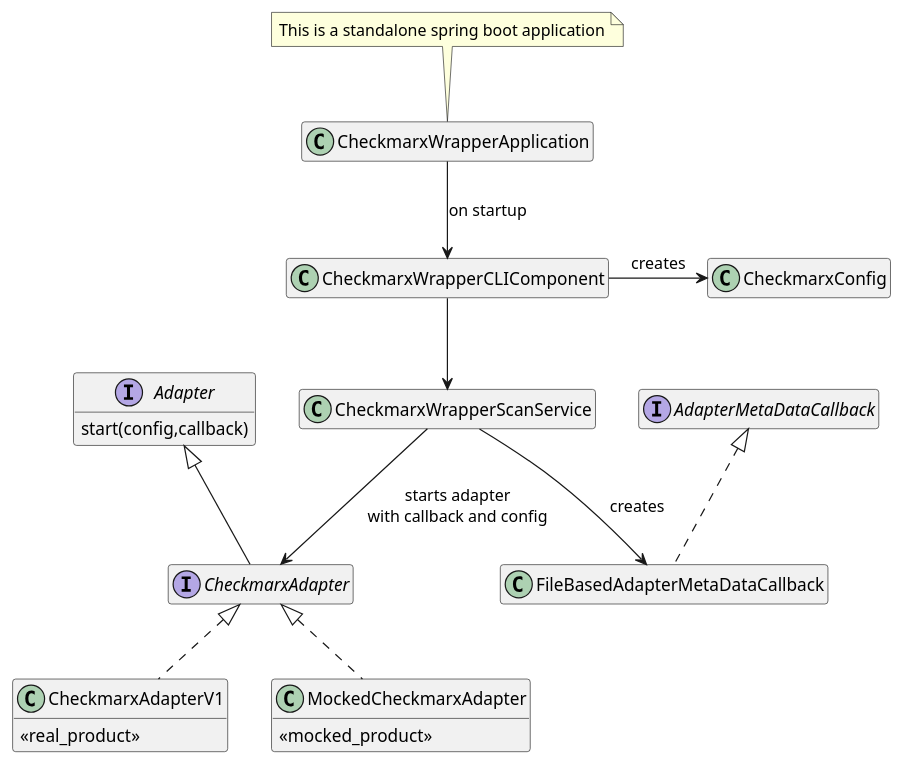
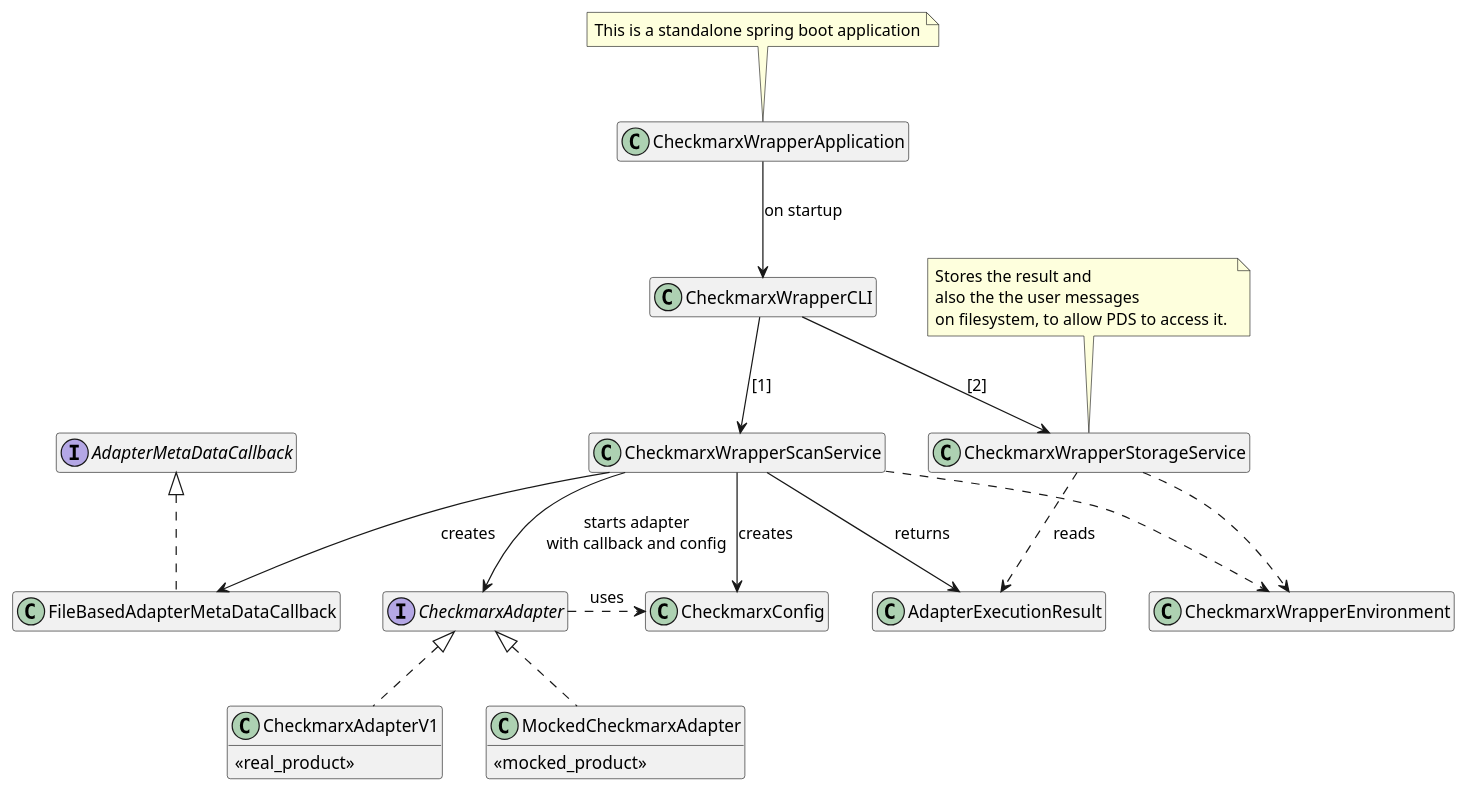
The diagram in sechub-doc/src/docs/asciidoc/diagrams/diagram_pds_solution_checkmarx_wrapper_overview.puml (mercedes-benz/sechub), drawn with PlantUML before and after one commit. The commit also changed other lines of this file and 39 other files, not shown here.

First line of the commit message:
Added documentation for PDS checkmarx solution #1415

```diff
--- a/sechub-doc/src/docs/asciidoc/diagrams/diagram_pds_solution_checkmarx_wrapper_overview.puml
+++ b/sechub-doc/src/docs/asciidoc/diagrams/diagram_pds_solution_checkmarx_wrapper_overview.puml
@@ -1,45 +2,56 @@
 @startuml
 
 hide empty fields
 hide empty methods
 
 class CheckmarxWrapperApplication {
     
 }
-interface Adapter {
-    start(config,callback)
-}
-interface CheckmarxAdapter extends Adapter
+interface CheckmarxAdapter
 
 class CheckmarxAdapterV1 implements CheckmarxAdapter{
     <<real_product>>
 }
 class MockedCheckmarxAdapter implements CheckmarxAdapter{
     <<mocked_product>>
 }
 
-class CheckmarxWrapperCLIComponent{
+class CheckmarxWrapperCLI{
 }
 
 class CheckmarxWrapperScanService{
 
 }
 
 class CheckmarxConfig
 
 interface AdapterMetaDataCallback
 class FileBasedAdapterMetaDataCallback implements AdapterMetaDataCallback{
 }
 
-CheckmarxWrapperApplication --> CheckmarxWrapperCLIComponent : on startup
-CheckmarxWrapperCLIComponent --> CheckmarxWrapperScanService
+CheckmarxWrapperApplication --> CheckmarxWrapperCLI : on startup
+CheckmarxWrapperCLI --> CheckmarxWrapperScanService :[1]
+CheckmarxWrapperCLI --> CheckmarxWrapperStorageService :[2]
 
 CheckmarxWrapperScanService -->  CheckmarxAdapter : starts adapter\nwith callback and config
 CheckmarxWrapperScanService -->  FileBasedAdapterMetaDataCallback : creates
-CheckmarxWrapperCLIComponent ->  CheckmarxConfig : creates
+CheckmarxWrapperScanService -->  AdapterExecutionResult : returns
+CheckmarxWrapperStorageService ..>  AdapterExecutionResult : reads
+CheckmarxWrapperScanService ->  CheckmarxConfig : creates
+
+CheckmarxWrapperScanService ..> CheckmarxWrapperEnvironment
+CheckmarxWrapperStorageService ..> CheckmarxWrapperEnvironment
+
+CheckmarxAdapter .> CheckmarxConfig: uses
 
 note top of CheckmarxWrapperApplication
     This is a standalone spring boot application
 end note
 
+note top of CheckmarxWrapperStorageService
+    Stores the result and 
+    also the the user messages 
+    on filesystem, to allow PDS to access it. 
+end note
+
 @enduml 
```
